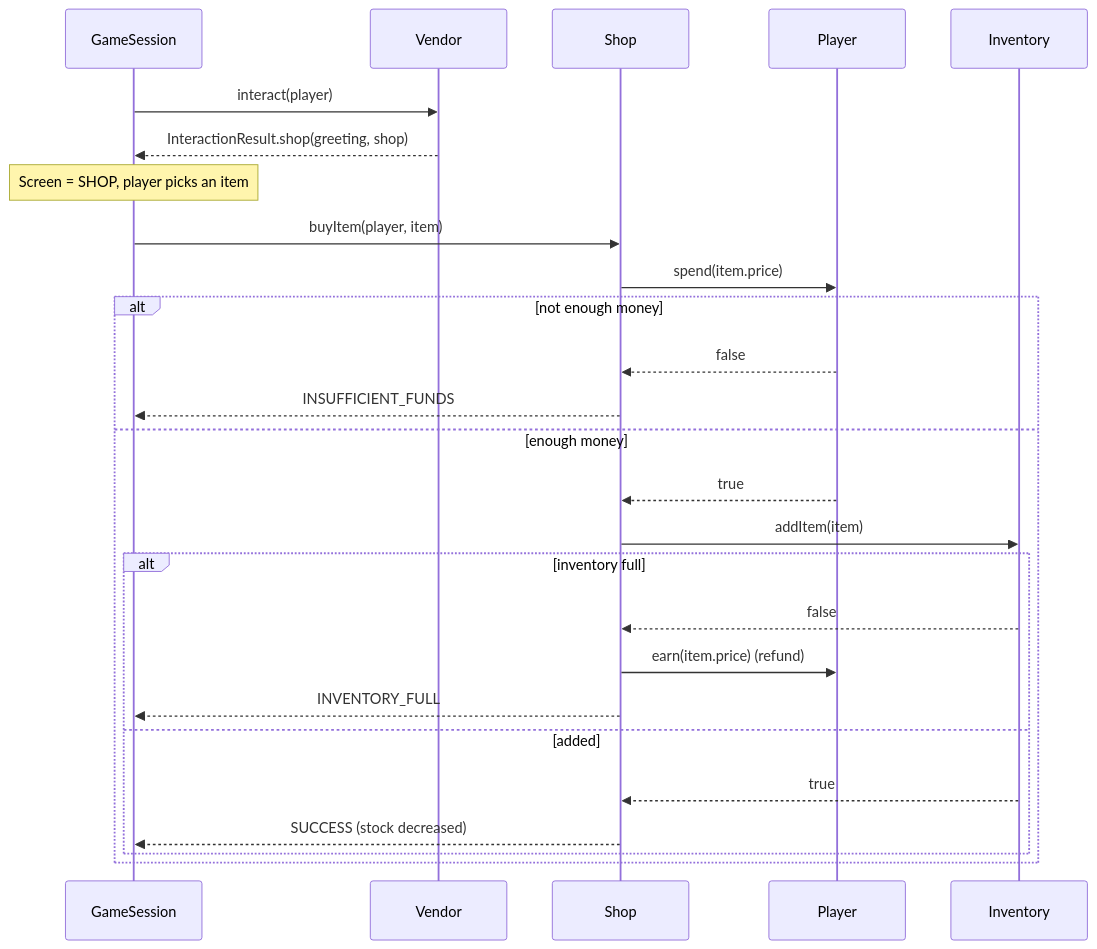
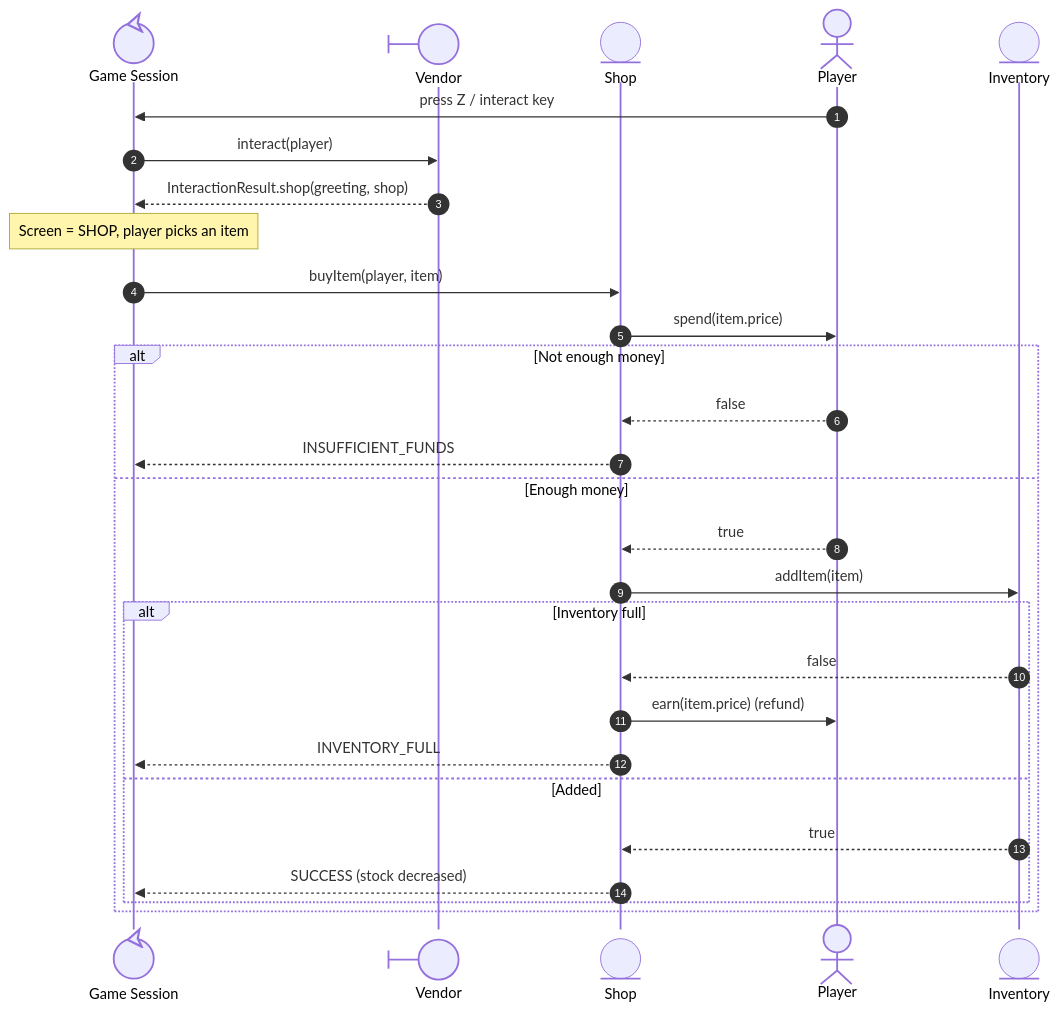
One commit to pgardose/Isla changed the fifth of 5 diagrams in README.md. Above: the diagram before and after it, drawn with Mermaid. The commit also changed other lines of this file, not shown here.

Commit message:
fixed sequence diagram

````diff
--- a/README.md
+++ b/README.md
@@ -387,28 +386,30 @@
 ```mermaid
 sequenceDiagram
-  participant S as GameSession
-  participant V as Vendor
-  participant Sh as Shop
-  participant P as Player
-  participant I as Inventory
-  S->>V: interact(player)
-  V-->>S: InteractionResult.shop(greeting, shop)
-  Note over S: Screen = SHOP, player picks an item
-  S->>Sh: buyItem(player, item)
-  Sh->>P: spend(item.price)
-  alt not enough money
-    P-->>Sh: false
-    Sh-->>S: INSUFFICIENT_FUNDS
-  else enough money
-    P-->>Sh: true
-    Sh->>I: addItem(item)
-    alt inventory full
-      I-->>Sh: false
-      Sh->>P: earn(item.price) (refund)
-      Sh-->>S: INVENTORY_FULL
-    else added
-      I-->>Sh: true
-      Sh-->>S: SUCCESS (stock decreased)
-    end
-  end
+  autonumber
+  participant S@{ "type": "control" } as Game Session
+participant V@{ "type": "boundary" } as Vendor
+participant Sh@{ "type": "entity" } as Shop
+participant P@{ "type": "actor" } as Player
+participant I@{ "type": "entity" } as Inventory
+P->>S: press Z / interact key
+S->>V: interact(player)
+V-->>S: InteractionResult.shop(greeting, shop)
+Note over S: Screen = SHOP, player picks an item
+S->>Sh: buyItem(player, item)
+Sh->>P: spend(item.price)
+alt Not enough money
+P-->>Sh: false
+Sh-->>S: INSUFFICIENT_FUNDS
+else Enough money
+P-->>Sh: true
+Sh->>I: addItem(item)
+alt Inventory full
+I-->>Sh: false
+Sh->>P: earn(item.price) (refund)
+Sh-->>S: INVENTORY_FULL
+else Added
+I-->>Sh: true
+Sh-->>S: SUCCESS (stock decreased)
+end
+end
 ```
````
